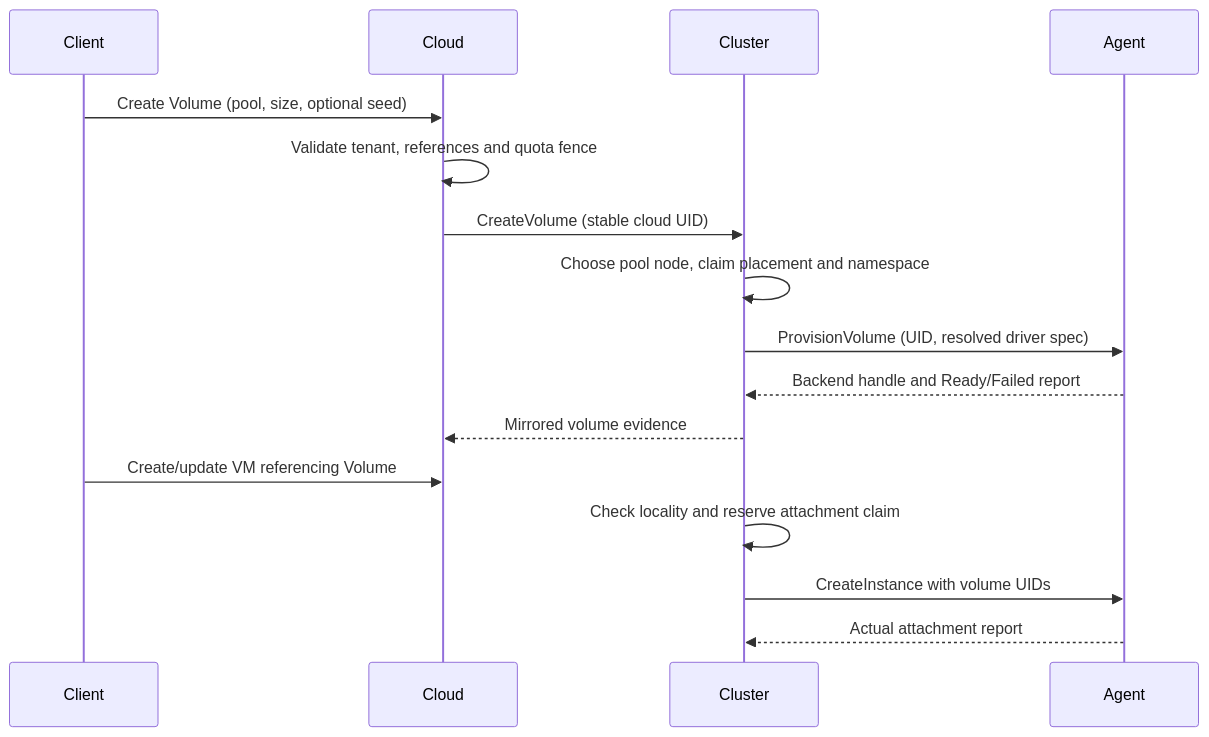
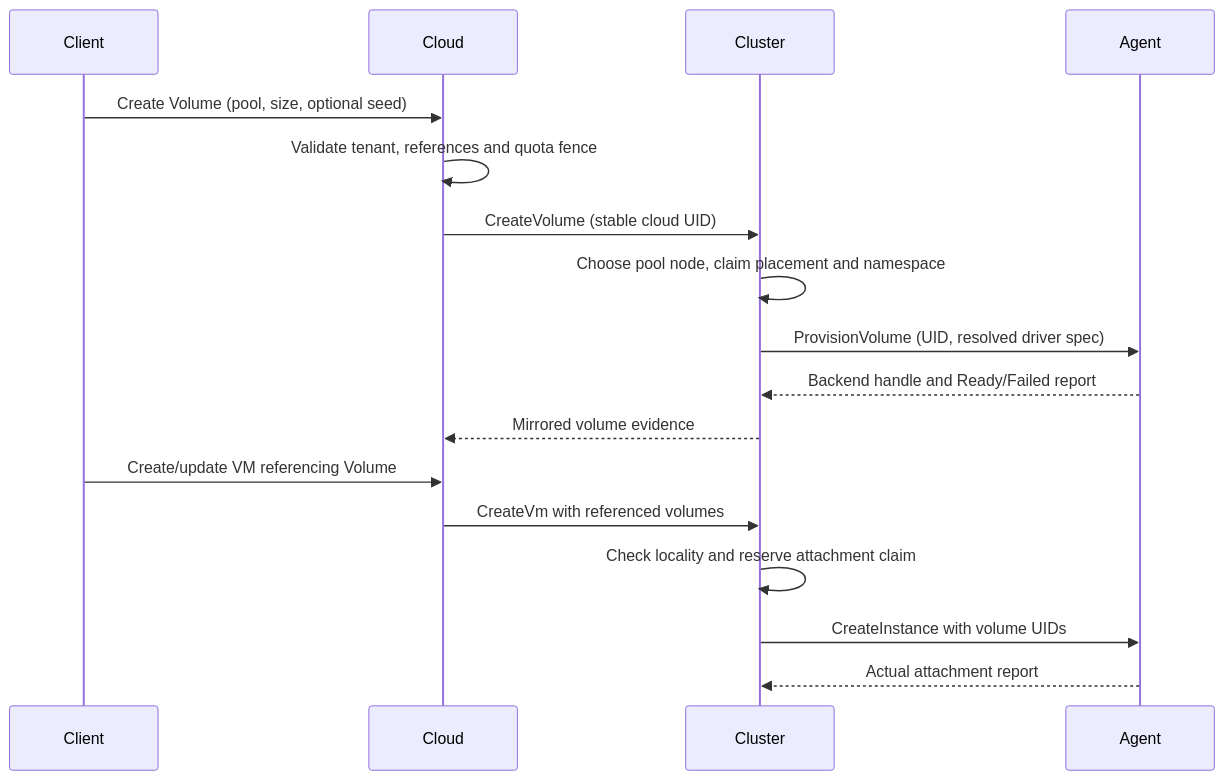
The diagram in docs/STORAGE.md (UniStuttgart-IKR/MeisterStack), drawn with Mermaid before and after one commit. The commit also changed other lines of this file and 6 other files, not shown here.

````diff
--- a/docs/STORAGE.md
+++ b/docs/STORAGE.md
@@ -15,18 +17,19 @@
 ```mermaid
 sequenceDiagram
     participant U as Client
     participant C as Cloud
     participant K as Cluster
     participant A as Agent
     U->>C: Create Volume (pool, size, optional seed)
     C->>C: Validate tenant, references and quota fence
     C->>K: CreateVolume (stable cloud UID)
     K->>K: Choose pool node, claim placement and namespace
     K->>A: ProvisionVolume (UID, resolved driver spec)
     A-->>K: Backend handle and Ready/Failed report
     K-->>C: Mirrored volume evidence
     U->>C: Create/update VM referencing Volume
+    C->>K: CreateVm with referenced volumes
     K->>K: Check locality and reserve attachment claim
     K->>A: CreateInstance with volume UIDs
     A-->>K: Actual attachment report
 ```
````
